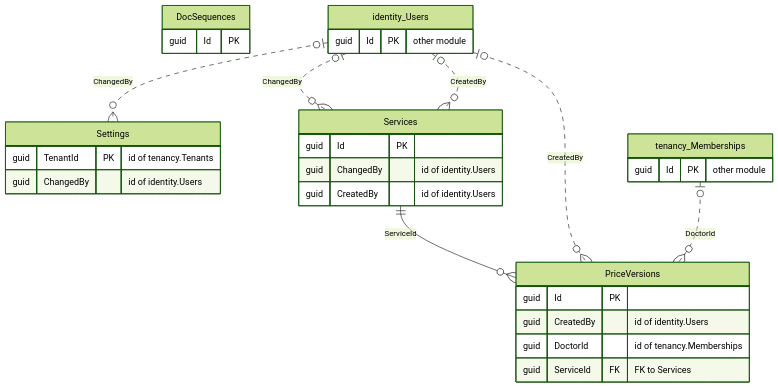
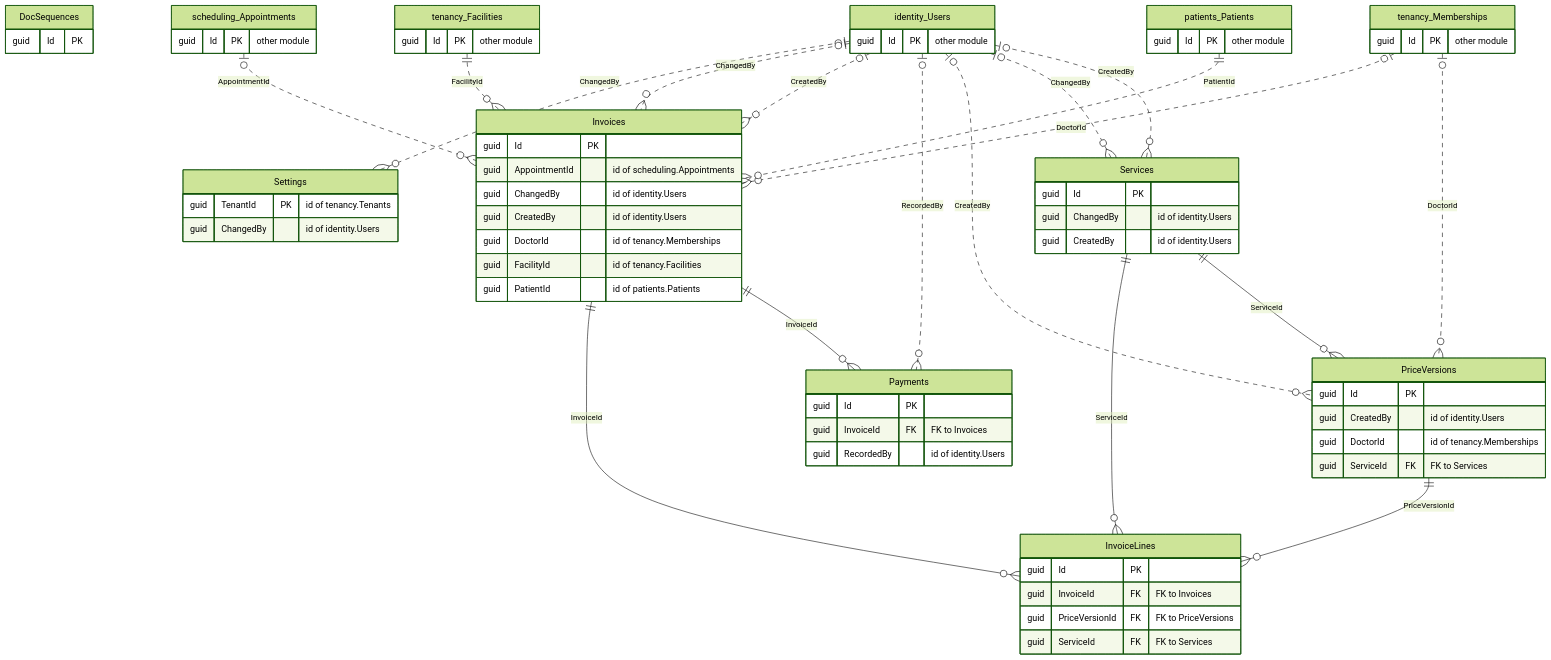
One commit to ALFRED-LUCIFER/medvya changed diagram 13 of 14 in docs/03-architecture/erd.md. Above: the diagram before and after it, drawn with Mermaid (forest theme). The commit also changed other lines of this file and 50 other files, not shown here.

First line of the commit message:
MDV-P4-004: invoices with split payments, Razorpay links settled only on the provider's word, and the board's Billing card

````diff
--- a/docs/03-architecture/erd.md
+++ b/docs/03-architecture/erd.md
@@ -2898,33 +2902,73 @@
 ```mermaid
 erDiagram
   Settings {
     guid TenantId PK "id of tenancy.Tenants"
     guid ChangedBy "id of identity.Users"
   }
   DocSequences {
     guid Id PK
+  }
+  Invoices {
+    guid Id PK
+    guid AppointmentId "id of scheduling.Appointments"
+    guid ChangedBy "id of identity.Users"
+    guid CreatedBy "id of identity.Users"
+    guid DoctorId "id of tenancy.Memberships"
+    guid FacilityId "id of tenancy.Facilities"
+    guid PatientId "id of patients.Patients"
+  }
+  InvoiceLines {
+    guid Id PK
+    guid InvoiceId FK "FK to Invoices"
+    guid PriceVersionId FK "FK to PriceVersions"
+    guid ServiceId FK "FK to Services"
+  }
+  Payments {
+    guid Id PK
+    guid InvoiceId FK "FK to Invoices"
+    guid RecordedBy "id of identity.Users"
   }
   PriceVersions {
     guid Id PK
     guid CreatedBy "id of identity.Users"
     guid DoctorId "id of tenancy.Memberships"
     guid ServiceId FK "FK to Services"
   }
   Services {
     guid Id PK
     guid ChangedBy "id of identity.Users"
     guid CreatedBy "id of identity.Users"
   }
   identity_Users {
     guid Id PK "other module"
   }
+  patients_Patients {
+    guid Id PK "other module"
+  }
+  scheduling_Appointments {
+    guid Id PK "other module"
+  }
+  tenancy_Facilities {
+    guid Id PK "other module"
+  }
   tenancy_Memberships {
     guid Id PK "other module"
   }
   identity_Users |o..o{ Settings : "ChangedBy"
+  scheduling_Appointments |o..o{ Invoices : "AppointmentId"
+  identity_Users |o..o{ Invoices : "ChangedBy"
+  identity_Users |o..o{ Invoices : "CreatedBy"
+  tenancy_Memberships |o..o{ Invoices : "DoctorId"
+  tenancy_Facilities ||..o{ Invoices : "FacilityId"
+  patients_Patients ||..o{ Invoices : "PatientId"
+  Invoices ||--o{ InvoiceLines : "InvoiceId"
+  PriceVersions ||--o{ InvoiceLines : "PriceVersionId"
+  Services ||--o{ InvoiceLines : "ServiceId"
+  Invoices ||--o{ Payments : "InvoiceId"
+  identity_Users |o..o{ Payments : "RecordedBy"
   Services ||--o{ PriceVersions : "ServiceId"
   identity_Users |o..o{ PriceVersions : "CreatedBy"
   tenancy_Memberships |o..o{ PriceVersions : "DoctorId"
   identity_Users |o..o{ Services : "ChangedBy"
   identity_Users |o..o{ Services : "CreatedBy"
 ```
````
